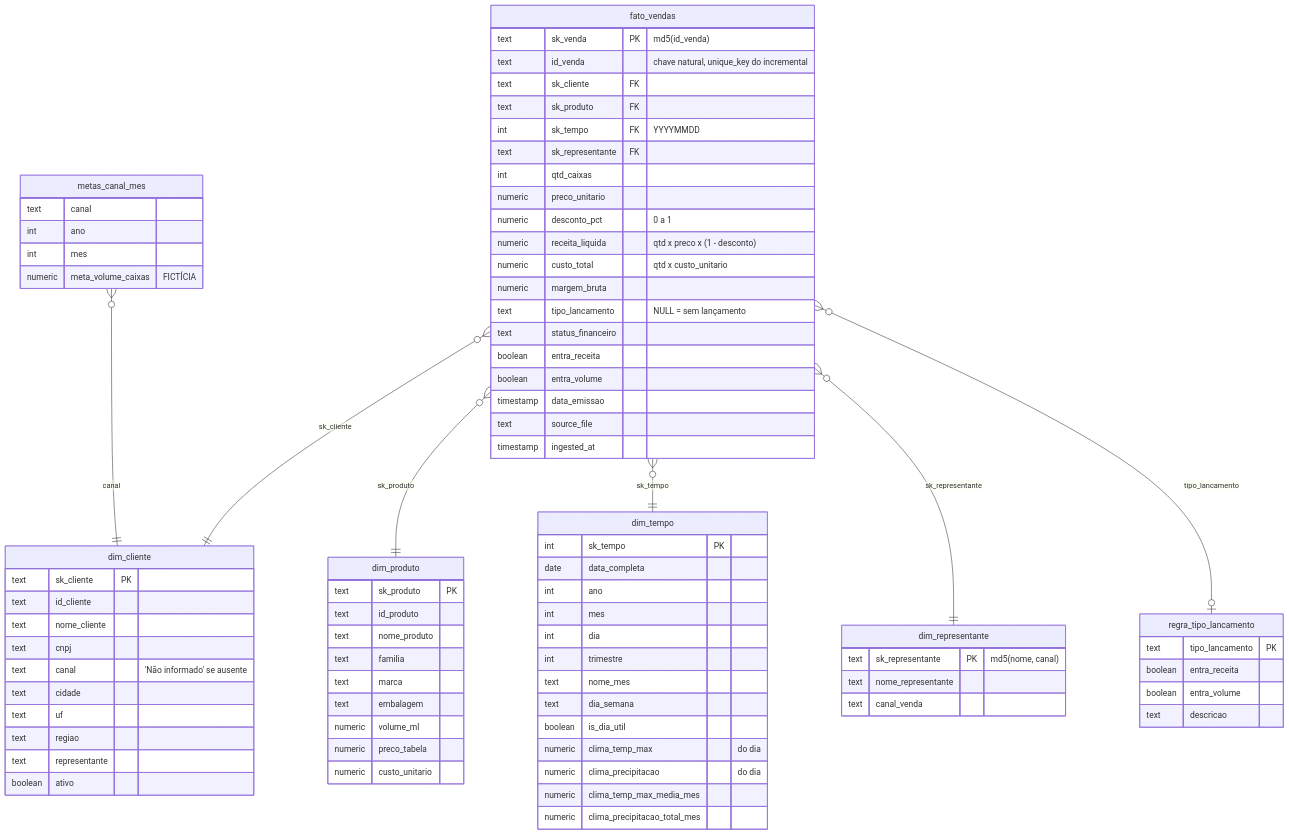
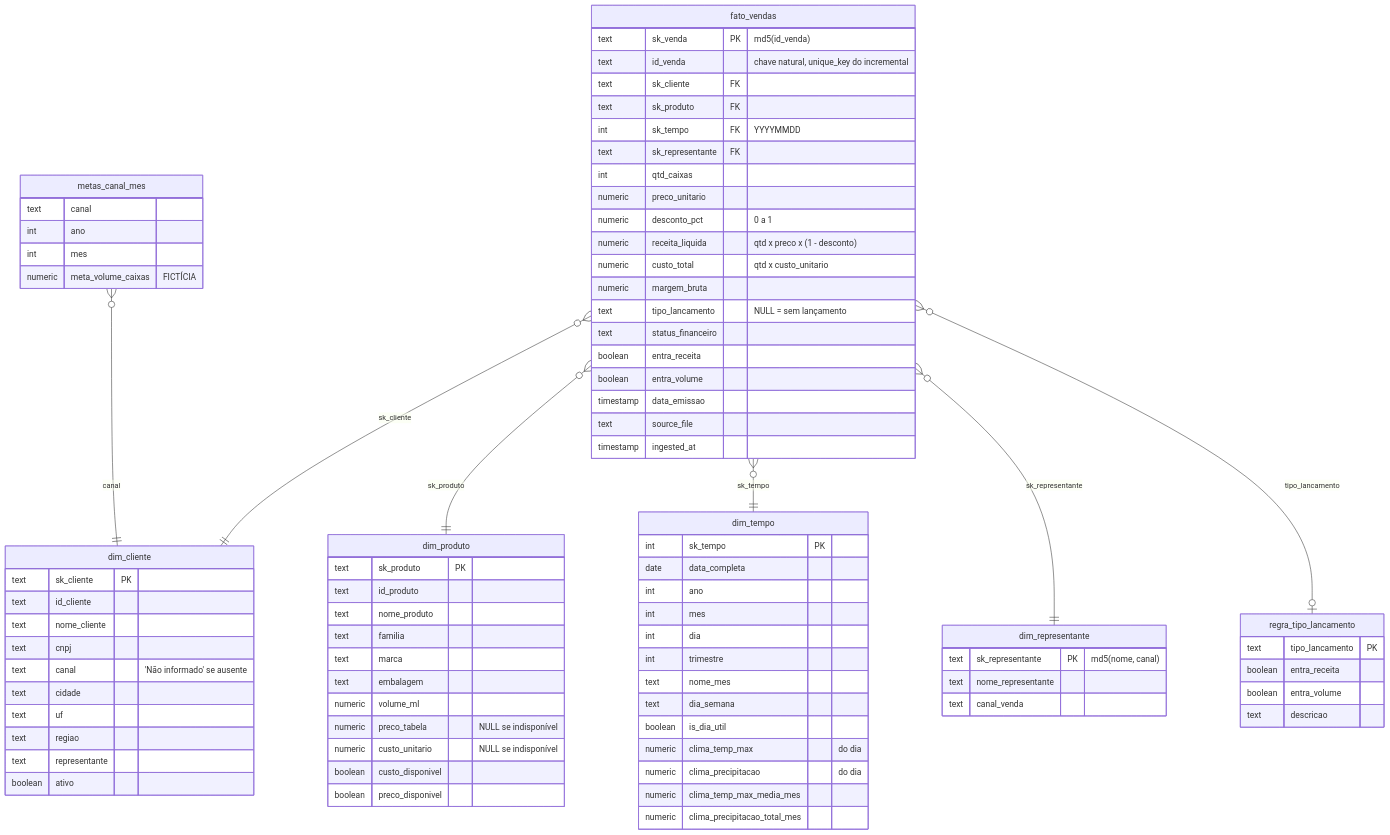
The second of 2 diagrams in docs/arquitetura_dados.md (rafaelladuarte/refresco-data-case), drawn with Mermaid before and after one commit. The commit also changed 14 other files, not shown here.

```diff
--- a/docs/arquitetura_dados.md
+++ b/docs/arquitetura_dados.md
@@ -126,8 +126,10 @@
         text marca
         text embalagem
         numeric volume_ml
-        numeric preco_tabela
-        numeric custo_unitario
+        numeric preco_tabela "NULL se indisponível"
+        numeric custo_unitario "NULL se indisponível"
+        boolean custo_disponivel
+        boolean preco_disponivel
     }
 
     dim_representante {
```
